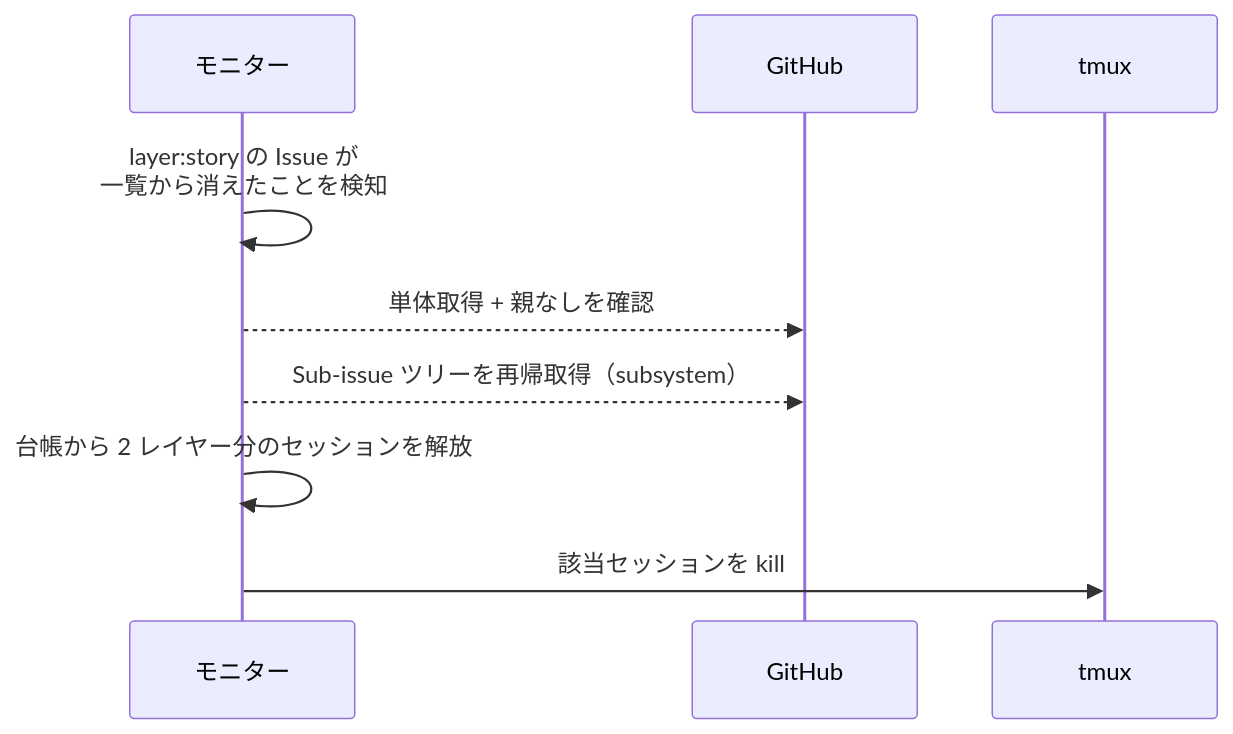
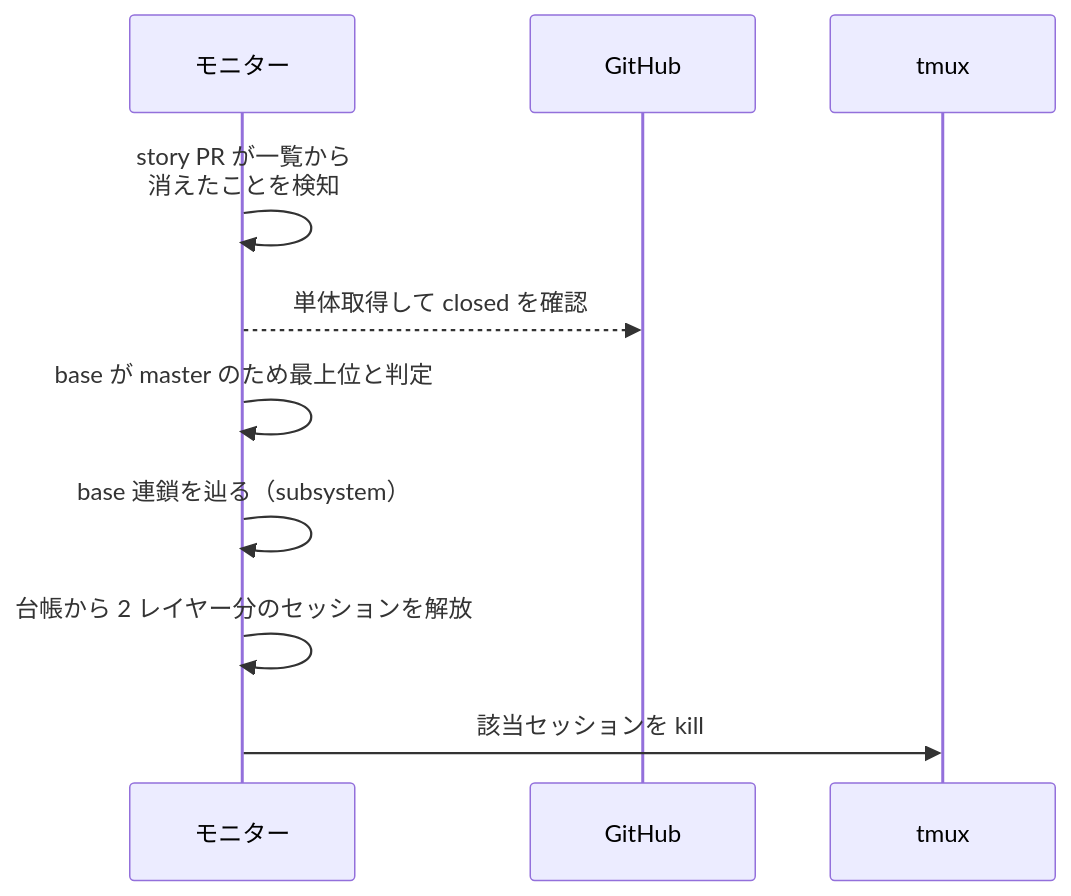
The third of 7 diagrams in docs/wiki/設計図/インターフェース定義/バックエンド/一括解放.py.md (shuhei1101/ai-monitor), drawn with Mermaid before and after one commit. The commit also changed other lines of this file and 256 other files, not shown here.

````diff
--- a/docs/wiki/設計図/インターフェース定義/バックエンド/一括解放.py.md
+++ b/docs/wiki/設計図/インターフェース定義/バックエンド/一括解放.py.md
@@ -116,12 +114,13 @@
 ```mermaid
 sequenceDiagram
   participant MON as モニター
   participant GH as GitHub
   participant TMUX as tmux
 
-  MON->>MON: layer:story の Issue が<br>一覧から消えたことを検知
-  MON-->>GH: 単体取得 + 親なしを確認
-  MON-->>GH: Sub-issue ツリーを再帰取得（subsystem）
+  MON->>MON: story PR が一覧から<br>消えたことを検知
+  MON-->>GH: 単体取得して closed を確認
+  MON->>MON: base が master のため最上位と判定
+  MON->>MON: base 連鎖を辿る（subsystem）
   MON->>MON: 台帳から 2 レイヤー分のセッションを解放
   MON->>TMUX: 該当セッションを kill
 ```
````
